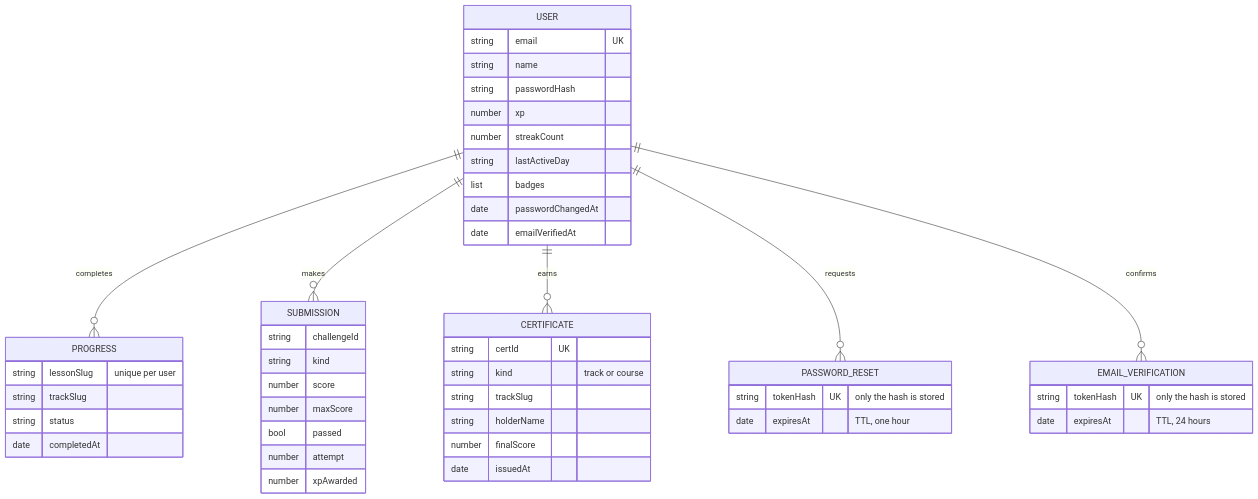
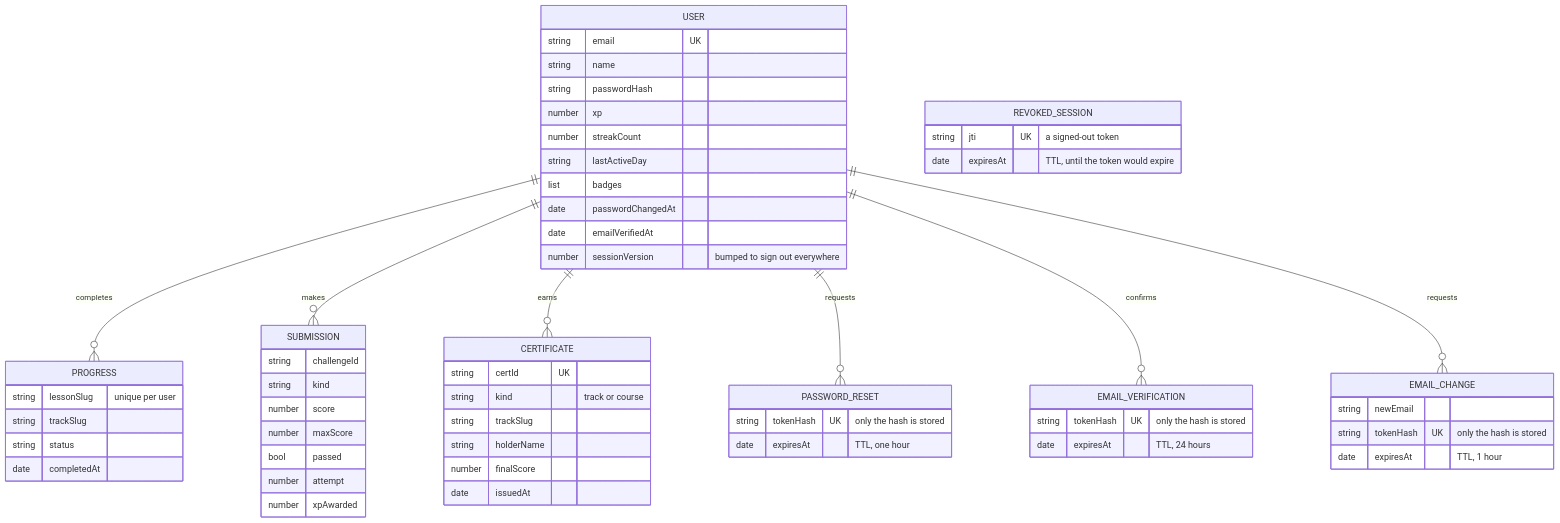
One commit to sairaghukiran14/AIEM changed the fourth of 5 diagrams in README.md. Above: the diagram before and after it, drawn with Mermaid. The commit also changed other lines of this file and 48 other files, not shown here.

````diff
--- a/README.md
+++ b/README.md
@@ -212,51 +213,62 @@
 ```mermaid
 erDiagram
     USER ||--o{ PROGRESS : completes
     USER ||--o{ SUBMISSION : makes
     USER ||--o{ CERTIFICATE : earns
     USER ||--o{ PASSWORD_RESET : requests
     USER ||--o{ EMAIL_VERIFICATION : confirms
+    USER ||--o{ EMAIL_CHANGE : requests
 
     USER {
         string email UK
         string name
         string passwordHash
         number xp
         number streakCount
         string lastActiveDay
         list badges
         date passwordChangedAt
         date emailVerifiedAt
+        number sessionVersion "bumped to sign out everywhere"
     }
     PROGRESS {
         string lessonSlug "unique per user"
         string trackSlug
         string status
         date completedAt
     }
     SUBMISSION {
         string challengeId
         string kind
         number score
         number maxScore
         bool passed
         number attempt
         number xpAwarded
     }
     PASSWORD_RESET {
         string tokenHash UK "only the hash is stored"
         date expiresAt "TTL, one hour"
     }
     EMAIL_VERIFICATION {
         string tokenHash UK "only the hash is stored"
         date expiresAt "TTL, 24 hours"
     }
+    EMAIL_CHANGE {
+        string newEmail
+        string tokenHash UK "only the hash is stored"
+        date expiresAt "TTL, 1 hour"
+    }
+    REVOKED_SESSION {
+        string jti UK "a signed-out token"
+        date expiresAt "TTL, until the token would expire"
+    }
     CERTIFICATE {
         string certId UK
         string kind "track or course"
         string trackSlug
         string holderName
         number finalScore
         date issuedAt
     }
 ```
````
